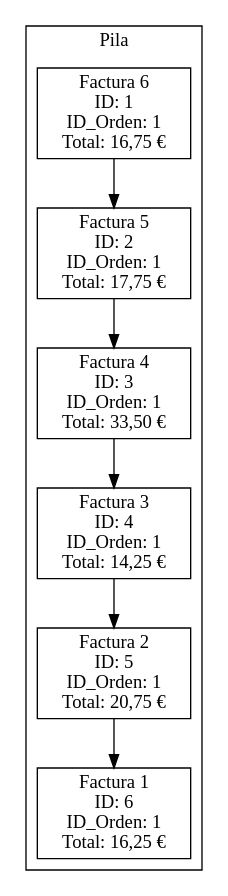
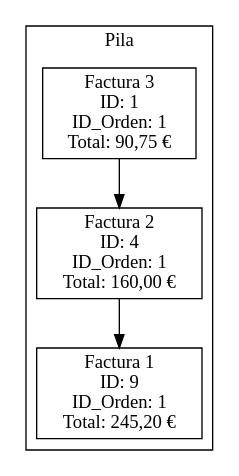
One commit to Farot30/-EDD-1S2025_202307820 changed the diagram in Fase#1/Graficas/Pila.dot. Above: the diagram before and after it, drawn with Graphviz. The commit also changed 79 other files, not shown here.

```diff
--- a/Fase#1/Graficas/Pila.dot
+++ b/Fase#1/Graficas/Pila.dot
@@ -1,18 +1,12 @@
 digraph G {
     node [shape=record];
     rankdir=TB;
     subgraph cluster_0 {
         label = "Pila";
-    node0 [label = "{Factura 1\nID: 6\nID_Orden: 1\nTotal: 16,25 €}"];
-    node1 [label = "{Factura 2\nID: 5\nID_Orden: 1\nTotal: 20,75 €}"];
-    node2 [label = "{Factura 3\nID: 4\nID_Orden: 1\nTotal: 14,25 €}"];
-    node3 [label = "{Factura 4\nID: 3\nID_Orden: 1\nTotal: 33,50 €}"];
-    node4 [label = "{Factura 5\nID: 2\nID_Orden: 1\nTotal: 17,75 €}"];
-    node5 [label = "{Factura 6\nID: 1\nID_Orden: 1\nTotal: 16,75 €}"];
+    node0 [label = "{Factura 1\nID: 9\nID_Orden: 1\nTotal: 245,20 €}"];
+    node1 [label = "{Factura 2\nID: 4\nID_Orden: 1\nTotal: 160,00 €}"];
+    node2 [label = "{Factura 3\nID: 1\nID_Orden: 1\nTotal: 90,75 €}"];
     node1 -> node0;
     node2 -> node1;
-    node3 -> node2;
-    node4 -> node3;
-    node5 -> node4;
     }
 }
```
